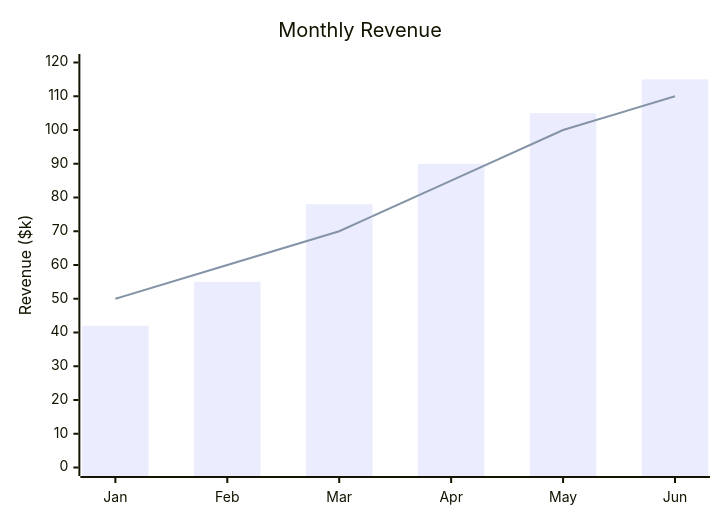
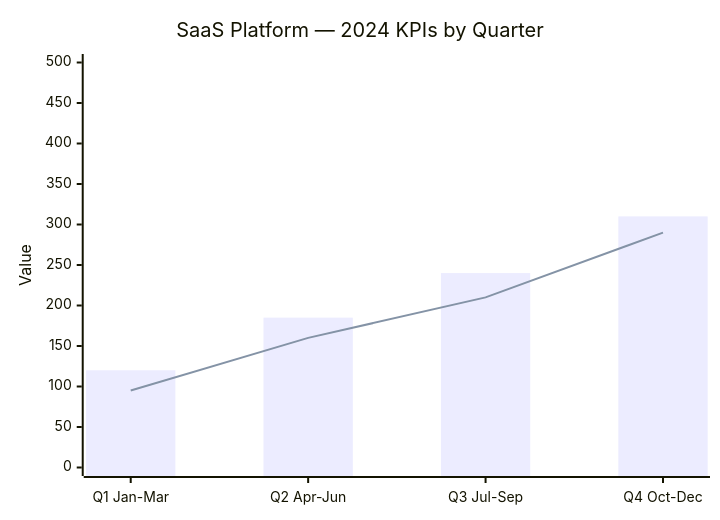
The diagram in examples/xychart.mmd (sc2in/pozeiden), drawn with Mermaid before and after one commit. The commit also changed 17 other files, not shown here.

Commit message:
feat: enhance example diagrams and update rendering logic for improved structure and clarity

```diff
--- a/examples/xychart.mmd
+++ b/examples/xychart.mmd
@@ -1,6 +1,6 @@
 xychart-beta
-    title "Monthly Revenue"
-    x-axis [Jan, Feb, Mar, Apr, May, Jun]
-    y-axis "Revenue ($k)" 0 --> 120
-    bar [42, 55, 78, 90, 105, 115]
-    line [50, 60, 70, 85, 100, 110]
+    title "SaaS Platform — 2024 KPIs by Quarter"
+    x-axis ["Q1 Jan-Mar", "Q2 Apr-Jun", "Q3 Jul-Sep", "Q4 Oct-Dec"]
+    y-axis "Value" 0 --> 500
+    bar [120, 185, 240, 310]
+    line [95, 160, 210, 290]
```
